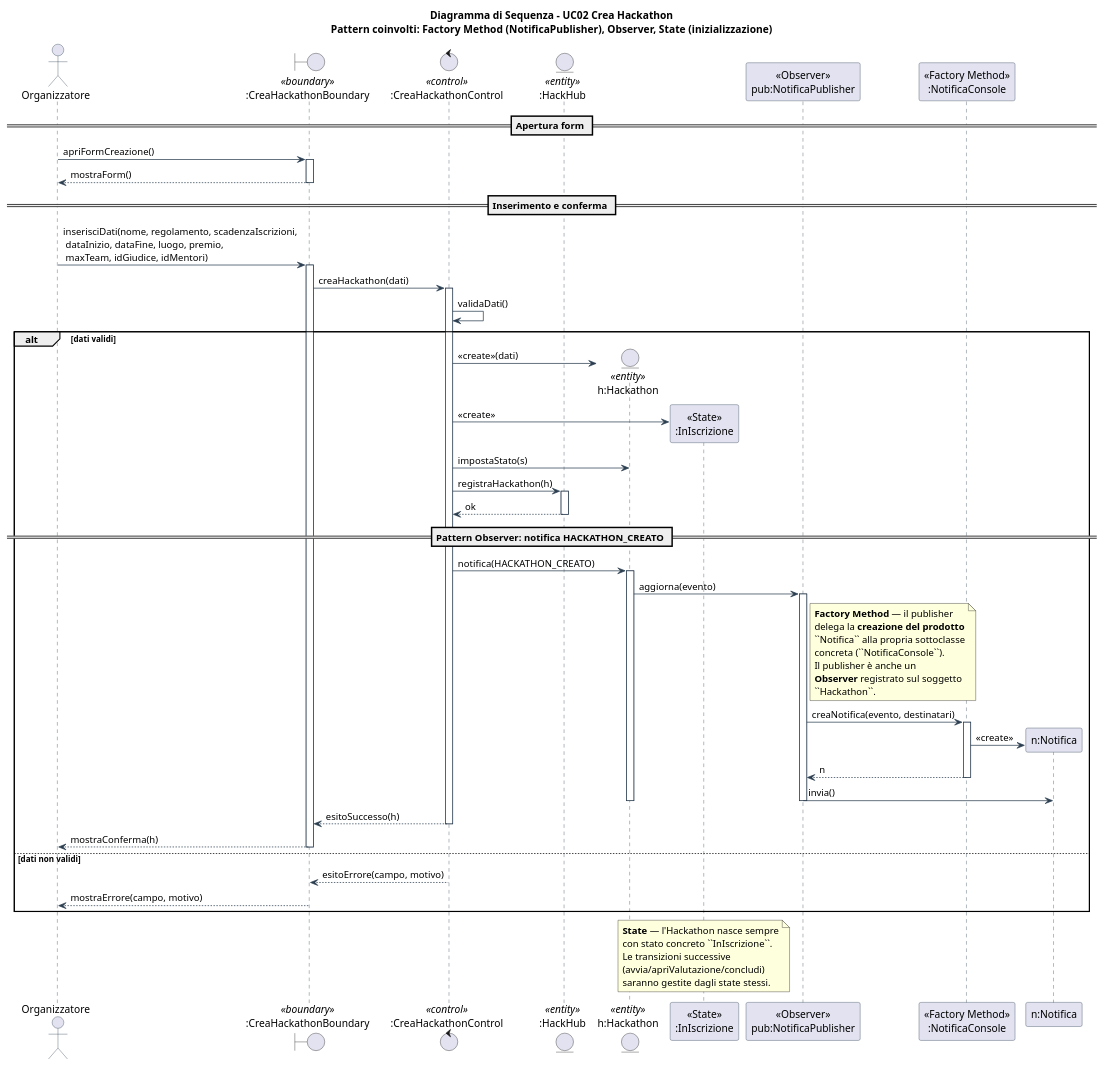
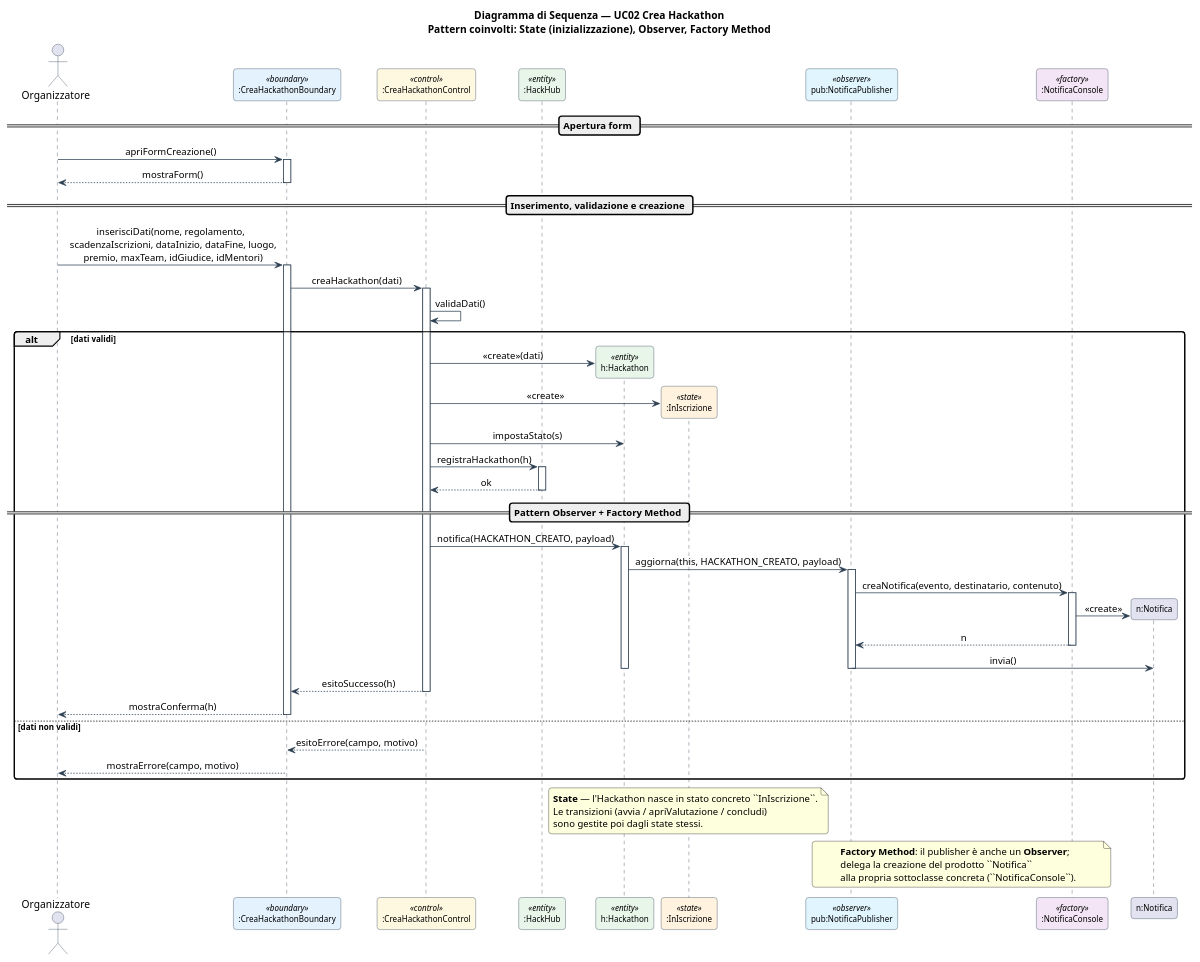
The diagram in 01-analisi/03-sequenze/seq-UC02-CreaHackathon.puml (rizzutomatteo/hackhub-uml), drawn with PlantUML before and after one commit. The commit also changed 13 other files, not shown here.

First line of the commit message:
Riordino diagrammi UML: linetype ortho, fix firme codice

```diff
--- a/01-analisi/03-sequenze/seq-UC02-CreaHackathon.puml
+++ b/01-analisi/03-sequenze/seq-UC02-CreaHackathon.puml
@@ -1,98 +1,98 @@
 @startuml SeqUC02_CreaHackathon
-title Diagramma di Sequenza - UC02 Crea Hackathon\nPattern coinvolti: Factory Method (NotificaPublisher), Observer, State (inizializzazione)
+title Diagramma di Sequenza — UC02 Crea Hackathon\nPattern coinvolti: State (inizializzazione), Observer, Factory Method
 
+' ----- Convenzioni di rendering -----
+skinparam shadowing false
+skinparam roundCorner 8
+skinparam sequenceMessageAlign center
 skinparam sequence {
   ArrowColor              #2C3E50
   LifeLineBorderColor     #2C3E50
   ParticipantBorderColor  #2C3E50
   ActorBorderColor        #2C3E50
+  ParticipantFontSize     11
   ParticipantBackgroundColor<<boundary>> #E3F2FD
   ParticipantBackgroundColor<<control>>  #FFF8E1
   ParticipantBackgroundColor<<entity>>   #E8F5E9
+  ParticipantBackgroundColor<<state>>    #FFF3E0
+  ParticipantBackgroundColor<<observer>> #E1F5FE
+  ParticipantBackgroundColor<<factory>>  #F3E5F5
 }
 
-actor      "Organizzatore"                              as Org
-boundary   ":CreaHackathonBoundary"                     as B  <<boundary>>
-control    ":CreaHackathonControl"                      as C  <<control>>
-entity     ":HackHub"                                   as Hub <<entity>>
-entity     "h:Hackathon"                                as H   <<entity>>
-participant "<<State>>\n:InIscrizione"                   as S
-participant "<<Observer>>\npub:NotificaPublisher"        as Pub
-participant "<<Factory Method>>\n:NotificaConsole"       as Fac
+actor       "Organizzatore"             as Org
+participant ":CreaHackathonBoundary"    as B   <<boundary>>
+participant ":CreaHackathonControl"     as C   <<control>>
+participant ":HackHub"                  as Hub <<entity>>
+participant "h:Hackathon"               as H   <<entity>>
+participant ":InIscrizione"             as S   <<state>>
+participant "pub:NotificaPublisher"     as Pub <<observer>>
+participant ":NotificaConsole"          as Fac <<factory>>
 
 == Apertura form ==
 
 Org -> B  : apriFormCreazione()
 activate B
 B  --> Org : mostraForm()
 deactivate B
 
-== Inserimento e conferma ==
+== Inserimento, validazione e creazione ==
 
-Org -> B  : inserisciDati(nome, regolamento, scadenzaIscrizioni,\n dataInizio, dataFine, luogo, premio,\n maxTeam, idGiudice, idMentori)
+Org -> B  : inserisciDati(nome, regolamento,\n  scadenzaIscrizioni, dataInizio, dataFine, luogo,\n  premio, maxTeam, idGiudice, idMentori)
 activate B
 B  -> C  : creaHackathon(dati)
 activate C
 
 C  -> C  : validaDati()
 
 alt dati validi
     create H
     C  -> H  : <<create>>(dati)
     create S
     C  -> S  : <<create>>
     C  -> H  : impostaStato(s)
 
     C  -> Hub : registraHackathon(h)
     activate Hub
     Hub --> C : ok
     deactivate Hub
 
-    == Pattern Observer: notifica HACKATHON_CREATO ==
+    == Pattern Observer + Factory Method ==
 
-    C  -> H  : notifica(HACKATHON_CREATO)
+    C  -> H  : notifica(HACKATHON_CREATO, payload)
     activate H
-    H  -> Pub : aggiorna(evento)
+    H  -> Pub : aggiorna(this, HACKATHON_CREATO, payload)
     activate Pub
-
-    note right of Pub
-      **Factory Method** — il publisher
-      delega la **creazione del prodotto**
-      ``Notifica`` alla propria sottoclasse
-      concreta (``NotificaConsole``).
-      Il publisher è anche un
-      **Observer** registrato sul soggetto
-      ``Hackathon``.
-    end note
-
-    Pub -> Fac : creaNotifica(evento, destinatari)
+    Pub -> Fac : creaNotifica(evento, destinatario, contenuto)
     activate Fac
     create "n:Notifica" as N
     Fac -> N : <<create>>
     Fac --> Pub : n
     deactivate Fac
-
     Pub -> N : invia()
     deactivate Pub
     deactivate H
 
     C  --> B : esitoSuccesso(h)
     deactivate C
     B  --> Org : mostraConferma(h)
     deactivate B
 else dati non validi
     C  --> B : esitoErrore(campo, motivo)
     deactivate C
     B  --> Org : mostraErrore(campo, motivo)
     deactivate B
 end
 
 note over S
-  **State** — l'Hackathon nasce sempre
-  con stato concreto ``InIscrizione``.
-  Le transizioni successive
-  (avvia/apriValutazione/concludi)
-  saranno gestite dagli state stessi.
+  **State** — l'Hackathon nasce in stato concreto ``InIscrizione``.
+  Le transizioni (avvia / apriValutazione / concludi)
+  sono gestite poi dagli state stessi.
+end note
+
+note over Pub, Fac
+  **Factory Method**: il publisher è anche un **Observer**;
+  delega la creazione del prodotto ``Notifica``
+  alla propria sottoclasse concreta (``NotificaConsole``).
 end note
 
 @enduml
```
